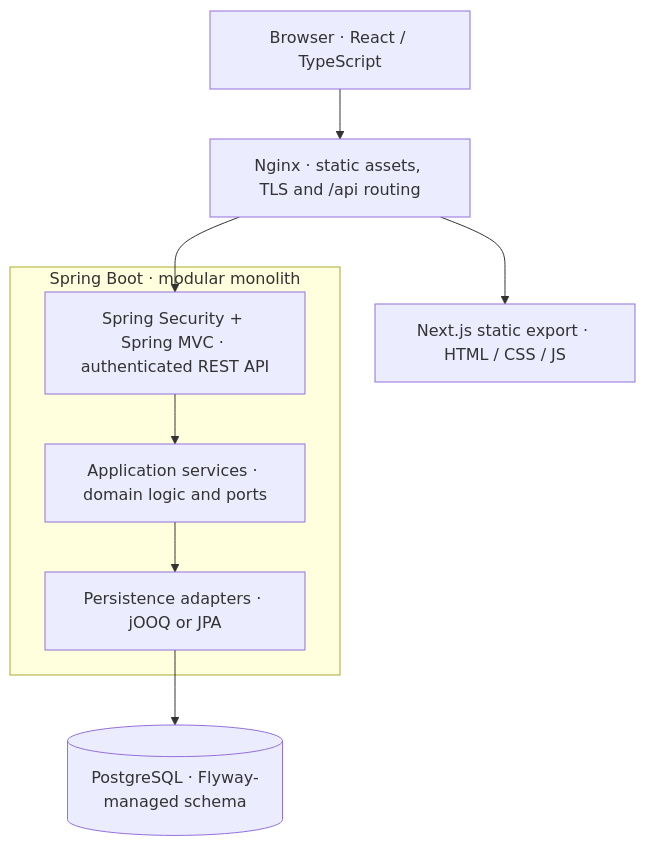
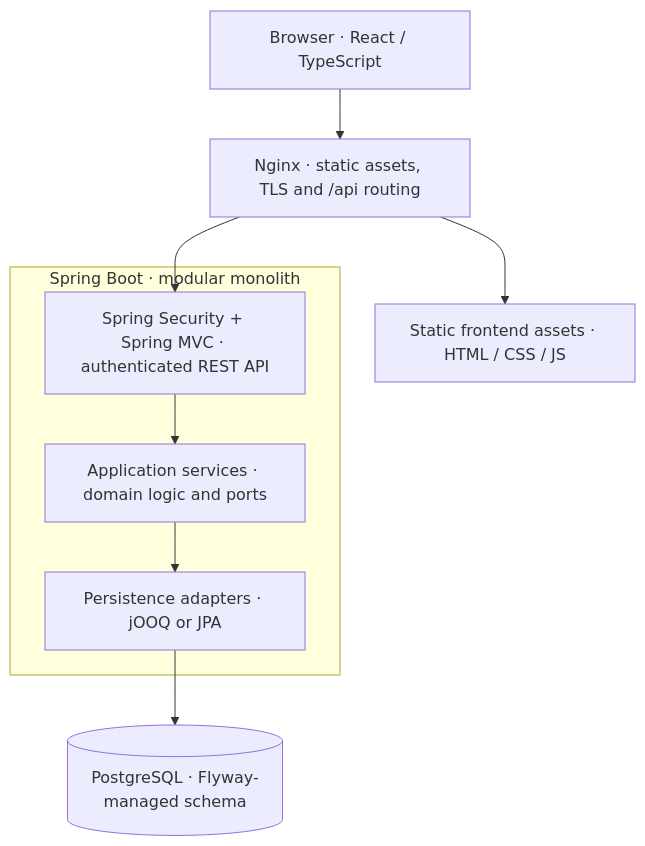
The diagram in docs/stack/overview.md (frederik-hoeft/min-favs-sharewise), drawn with Mermaid before and after one commit. The commit also changed other lines of this file and 5 other files, not shown here.

````diff
--- a/docs/stack/overview.md
+++ b/docs/stack/overview.md
@@ -11,11 +11,11 @@
 ```mermaid
 flowchart TB
     browser["Browser · React / TypeScript"] --> nginx["Nginx · static assets, TLS and /api routing"]
-    nginx --> assets["Next.js static export · HTML / CSS / JS"]
+    nginx --> assets["Static frontend assets · HTML / CSS / JS"]
     nginx --> api["Spring Security + Spring MVC · authenticated REST API"]
     subgraph backend["Spring Boot · modular monolith"]
         api --> core["Application services · domain logic and ports"]
         core --> adapters["Persistence adapters · jOOQ or JPA"]
     end
     adapters --> db[("PostgreSQL · Flyway-managed schema")]
 ```
````
